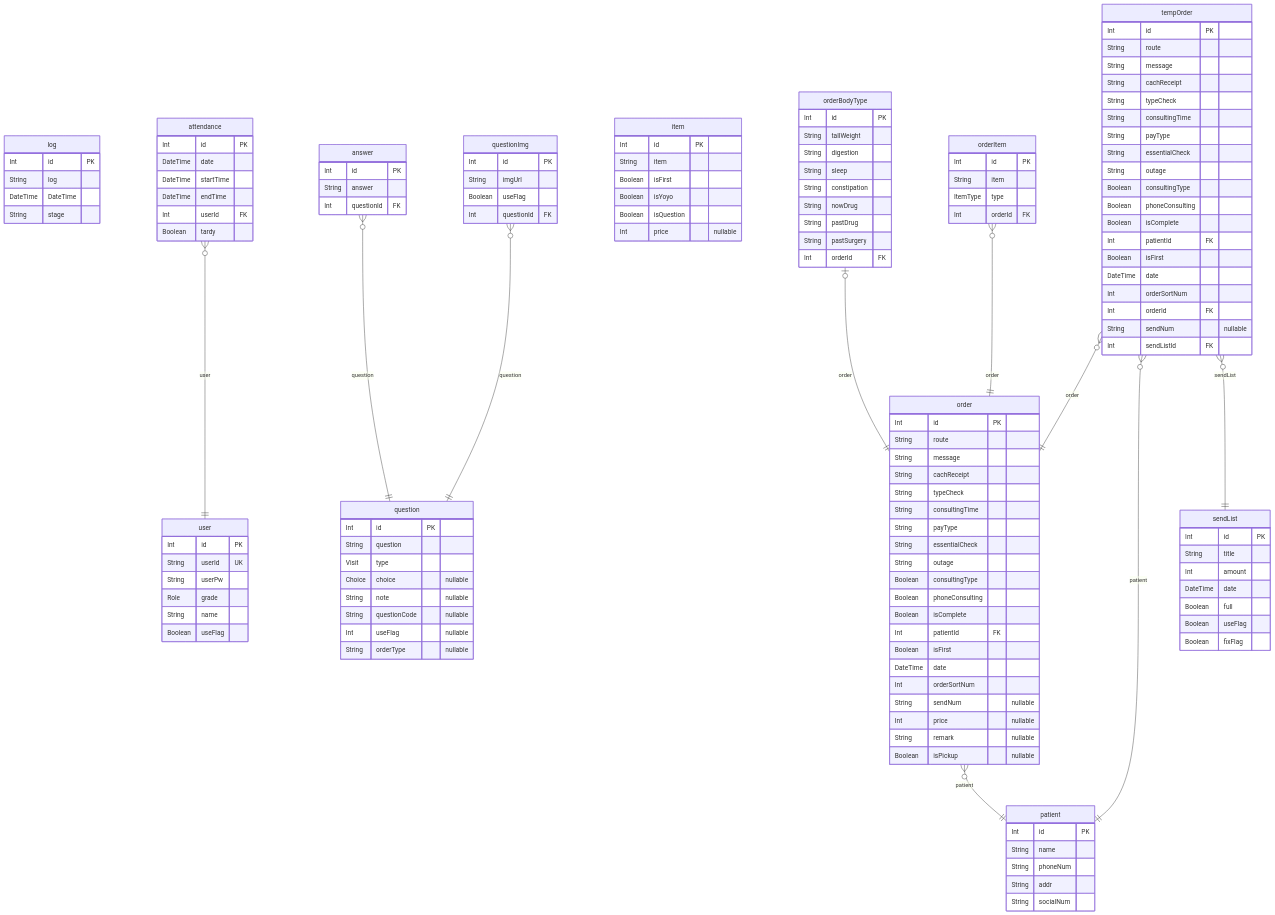
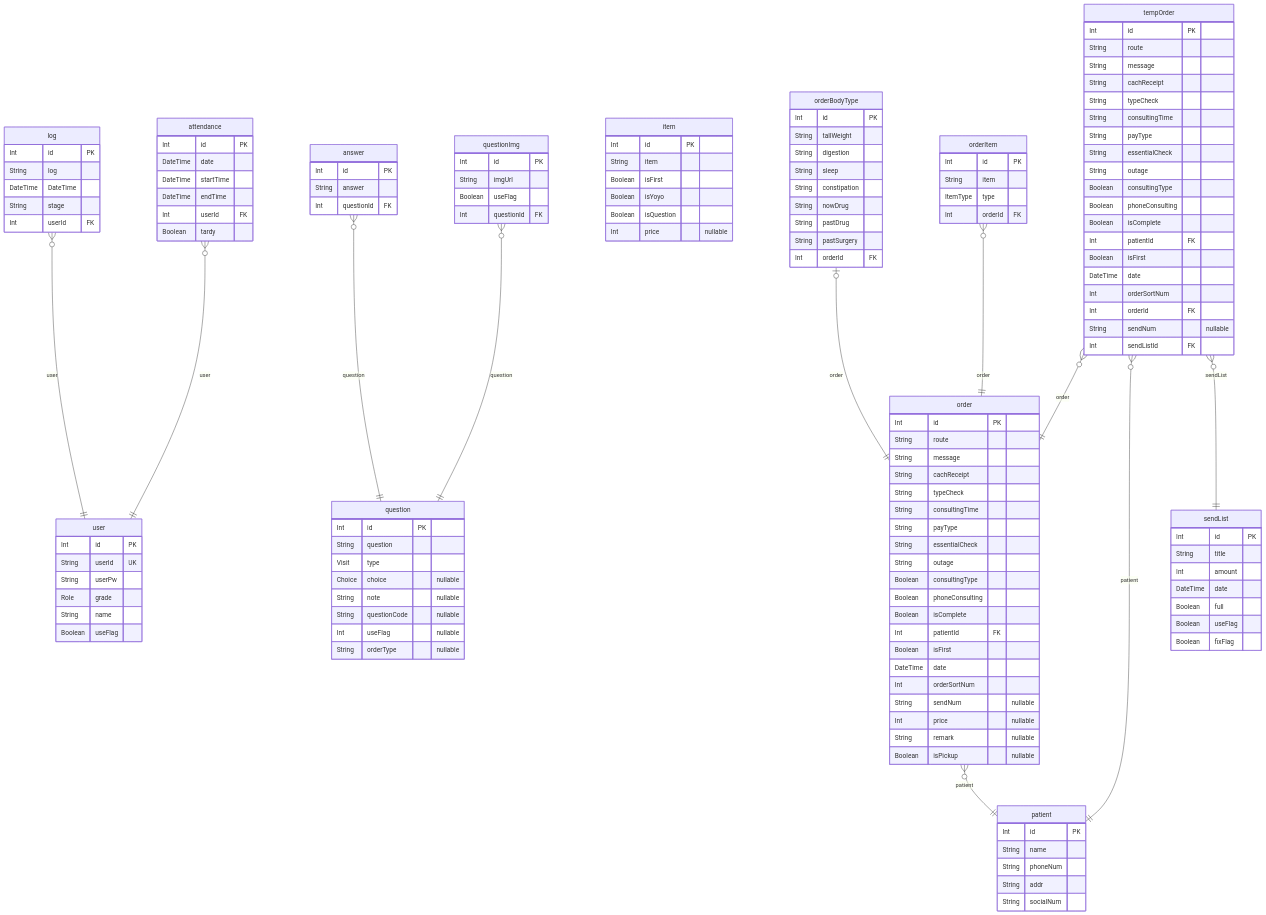
Before and after one commit to CobitionOrg/chamServer-erp: the diagram in prisma/ERD.md, drawn with Mermaid. The commit also changed other lines of this file and 7 other files, not shown here.

```diff
--- a/prisma/ERD.md
+++ b/prisma/ERD.md
@@ -19,6 +19,7 @@
   String log
   DateTime DateTime
   String stage
+  Int userId FK
 }
 "attendance" {
   Int id PK
@@ -133,6 +134,7 @@
   ItemType type
   Int orderId FK
 }
+"log" }o--|| "user" : user
 "attendance" }o--|| "user" : user
 "answer" }o--|| "question" : question
 "questionImg" }o--|| "question" : question
```
